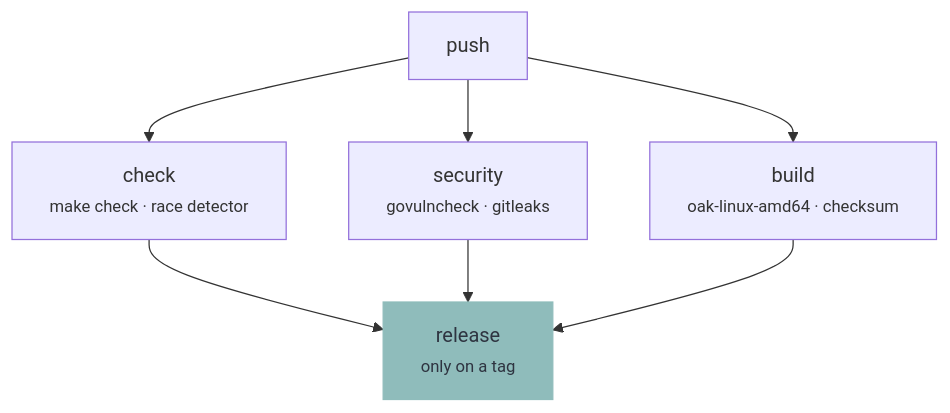
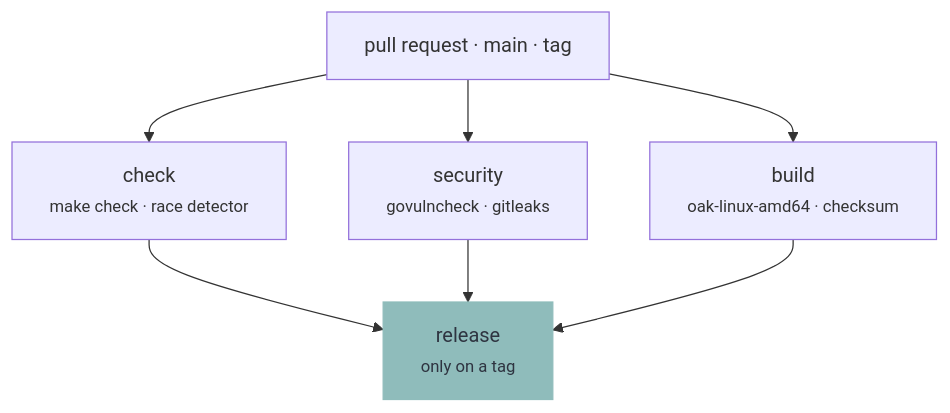
Before and after one commit to murkl/oak: the diagram in docs/CONTRIBUTING.md, drawn with Mermaid. The commit also changed other lines of this file and 4 other files, not shown here.

````diff
--- a/docs/CONTRIBUTING.md
+++ b/docs/CONTRIBUTING.md
@@ -14,11 +16,11 @@
 ```mermaid
 flowchart TD
-    P["push"] --> C["check<br/><small>make check · race detector</small>"]
+    P["pull request · main · tag"] --> C["check<br/><small>make check · race detector</small>"]
     P --> S["security<br/><small>govulncheck · gitleaks</small>"]
     P --> B["build<br/><small>oak-linux-amd64 · checksum</small>"]
     C --> R
     S --> R
     B --> R["release<br/><small>only on a tag</small>"]
 
     style R fill:#8fbcbb,stroke:#8fbcbb,color:#2e3440
 ```
````
